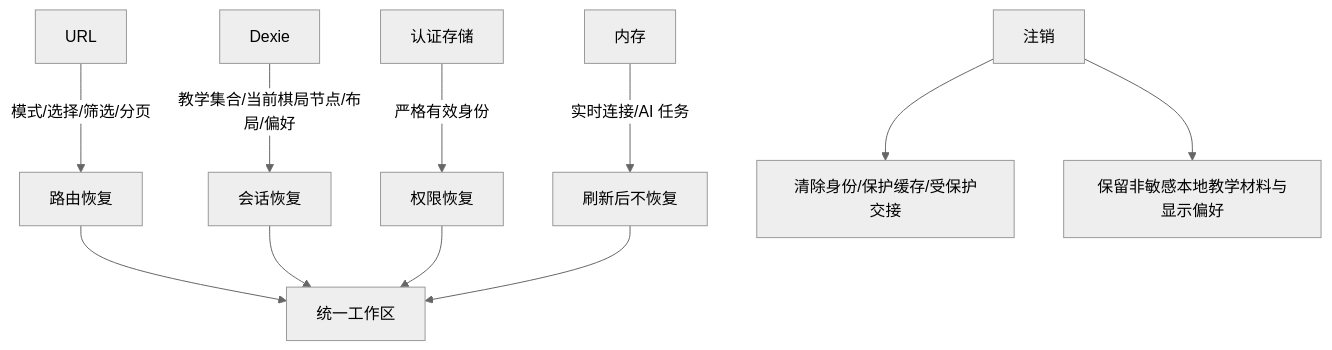
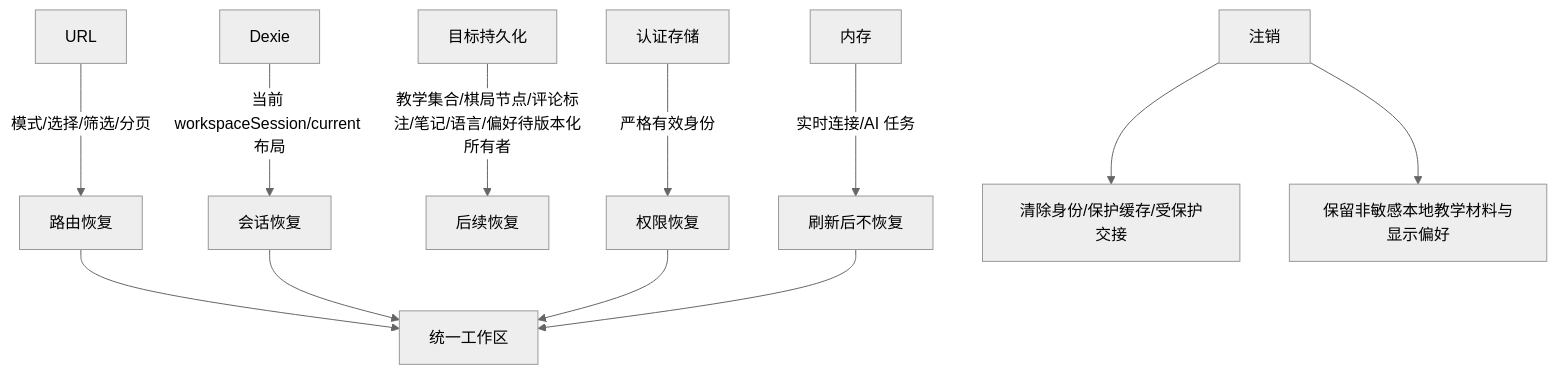
The eighth of 9 diagrams in docs/product/PRODUCT_DESIGN_BLUEPRINT.zh-CN.md (ichichuang/chess-pgnviewet-vue), drawn with Mermaid (neutral theme) before and after one commit. The commit also changed other lines of this file and 19 other files, not shown here.

````diff
--- a/docs/product/PRODUCT_DESIGN_BLUEPRINT.zh-CN.md
+++ b/docs/product/PRODUCT_DESIGN_BLUEPRINT.zh-CN.md
@@ -354,13 +355,14 @@
 ```mermaid
 flowchart TD
   U[URL] -->|模式/选择/筛选/分页| R[路由恢复]
-  D[Dexie] -->|教学集合/当前棋局节点/布局/偏好| S[会话恢复]
+  D[Dexie] -->|当前 workspaceSession/current 布局| S[会话恢复]
+  T[目标持久化] -->|教学集合/棋局节点/评论标注/笔记/语言/偏好待版本化所有者| F[后续恢复]
   A[认证存储] -->|严格有效身份| G[权限恢复]
   M[内存] -->|实时连接/AI 任务| X[刷新后不恢复]
   R --> W[统一工作区]
   S --> W
   G --> W
   X --> W
   O[注销] --> C[清除身份/保护缓存/受保护交接]
   O --> K[保留非敏感本地教学材料与显示偏好]
 ```
````
